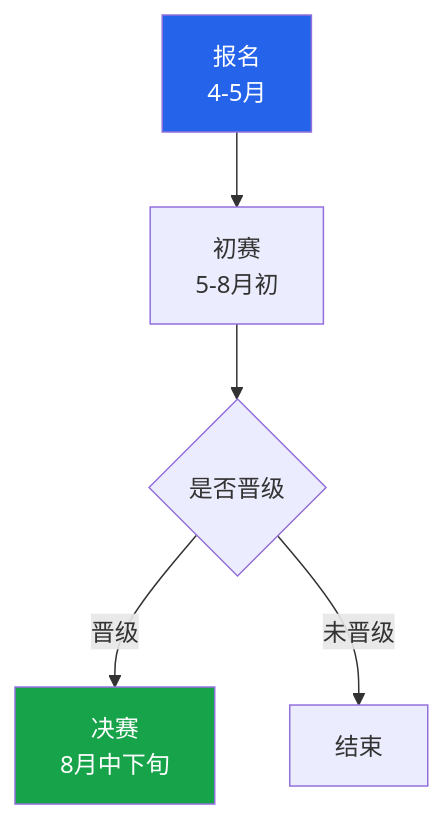
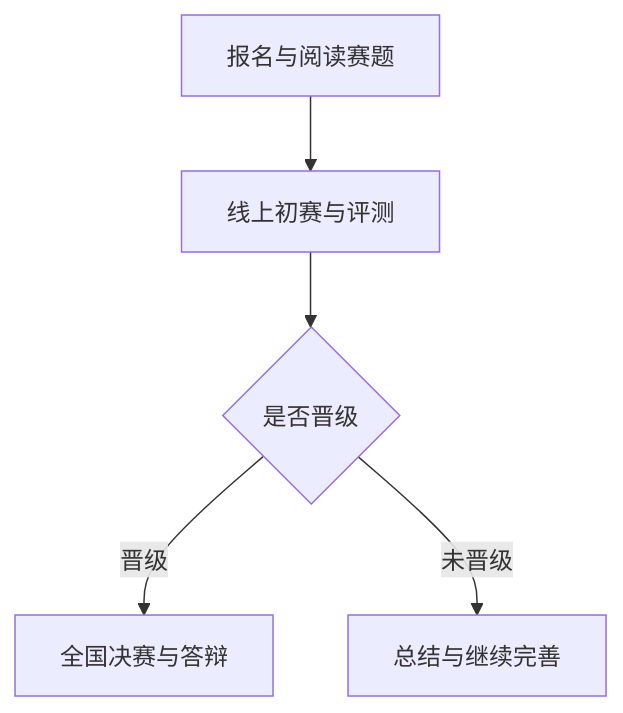
One commit to lightsmilew/compiler-principles changed the first of 2 diagrams in docs/labs/part7-competition.md. Above: the diagram before and after it, drawn with Mermaid. The commit also changed other lines of this file and 47 other files, not shown here.

````diff
--- a/docs/labs/part7-competition.md
+++ b/docs/labs/part7-competition.md
@@ -39,9 +41,7 @@
 ```mermaid
 flowchart TB
-    A[报名<br/>4-5月] --> B[初赛<br/>5-8月初]
+    A[报名与阅读赛题] --> B[线上初赛与评测]
     B --> C{是否晋级}
-    C -->|晋级| D[决赛<br/>8月中下旬]
-    C -->|未晋级| E[结束]
-    style A fill:#2563eb,color:#fff
-    style D fill:#16a34a,color:#fff
+    C -->|晋级| D[全国决赛与答辩]
+    C -->|未晋级| E[总结与继续完善]
 ```
````
